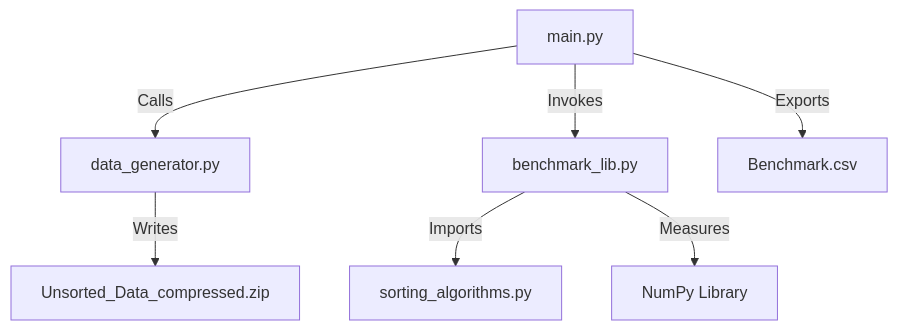
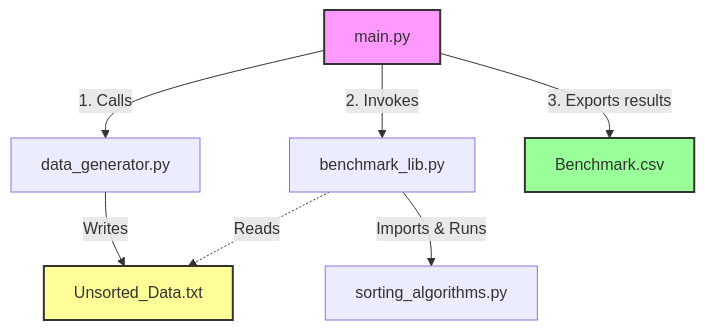
One commit to an2in/DSA_Task2 changed the diagram in README.md. Above: the diagram before and after it, drawn with Mermaid.

Commit message:
Enhance flow diagram in README.md
Updated the flow diagram in the README to include new nodes and connections.

````diff
--- a/README.md
+++ b/README.md
@@ -1,10 +1,28 @@
 ```mermaid
 graph TD
-    A[main.py] -->|Calls| B[data_generator.py]
-    A -->|Invokes| C[benchmark_lib.py]
-    C -->|Imports| D[sorting_algorithms.py]
-    C -->|Measures| E[NumPy Library]
-    B -->|Writes| F[Unsorted_Data_compressed.zip]
-    A -->|Exports| G[Benchmark.csv]
+    %% Nodes
+    Main[main.py]
+    Gen[data_generator.py]
+    Data[Unsorted_Data.txt]
+    Bench[benchmark_lib.py]
+    Algos[sorting_algorithms.py]
+    Out[Benchmark.csv]
+
+    %% Flow connections
+    Main -->|1. Calls| Gen
+    Gen -->|Writes| Data
+    
+    Main -->|2. Invokes| Bench
+    Bench -->|Imports & Runs| Algos
+    
+    %% Optional: Show that benchmark uses the data (implicit or explicit)
+    Bench -.->|Reads| Data
+    
+    Main -->|3. Exports results| Out
+
+    %% Styling for better visibility (Optional)
+    style Main fill:#f9f,stroke:#333,stroke-width:2px
+    style Out fill:#9f9,stroke:#333,stroke-width:2px
+    style Data fill:#ff9,stroke:#333,stroke-width:2px
 
 ```
````
